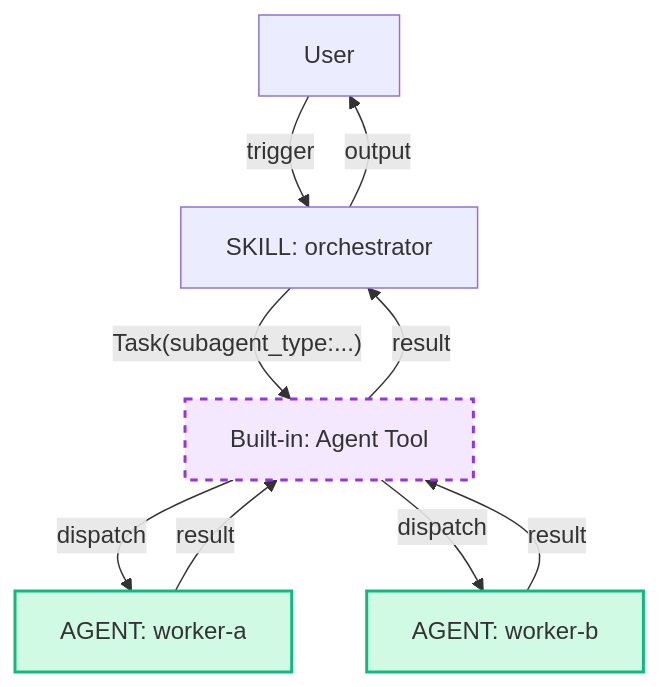
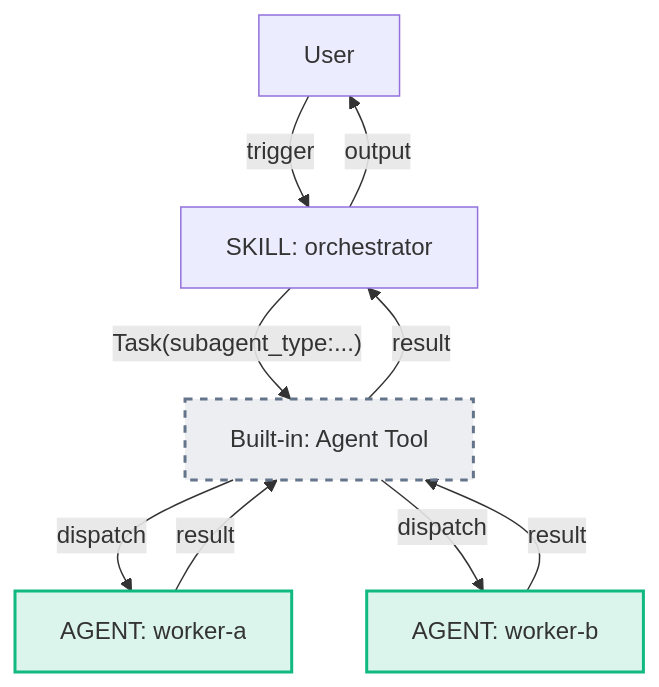
The fourth of 4 diagrams in plugins/vision-powers/agents/feature-architect.md (LeeJuOh/claude-code-zero), drawn with Mermaid before and after one commit. The commit also changed other lines of this file and 8 other files, not shown here.

`````diff
--- a/plugins/vision-powers/agents/feature-architect.md
+++ b/plugins/vision-powers/agents/feature-architect.md
@@ -248,15 +238,15 @@
 ````mermaid
 graph TD
-    classDef builtin fill:#f3e8ff,stroke:#9333ea,stroke-width:2px,stroke-dasharray:5 5
-    classDef skill fill:#dbeafe,stroke:#3b82f6,stroke-width:2px
-    classDef agent fill:#d1fae5,stroke:#10b981,stroke-width:2px
+    classDef builtin fill:#64748b1f,stroke:#64748b,stroke-width:2px,stroke-dasharray:5 5
+    classDef skill fill:#3b82f626,stroke:#3b82f6,stroke-width:2px
+    classDef agent fill:#10b98126,stroke:#10b981,stroke-width:2px
 
     User -->|"trigger"| S1["SKILL: orchestrator"]
     S1 -->|"Task(subagent_type:...)"| BT["Built-in: Agent Tool"]:::builtin
     BT -->|"dispatch"| A1["AGENT: worker-a"]:::agent
     BT -->|"dispatch"| A2["AGENT: worker-b"]:::agent
     A1 -->|"result"| BT
     A2 -->|"result"| BT
     BT -->|"result"| S1
     S1 -->|"output"| User
 ````
`````
